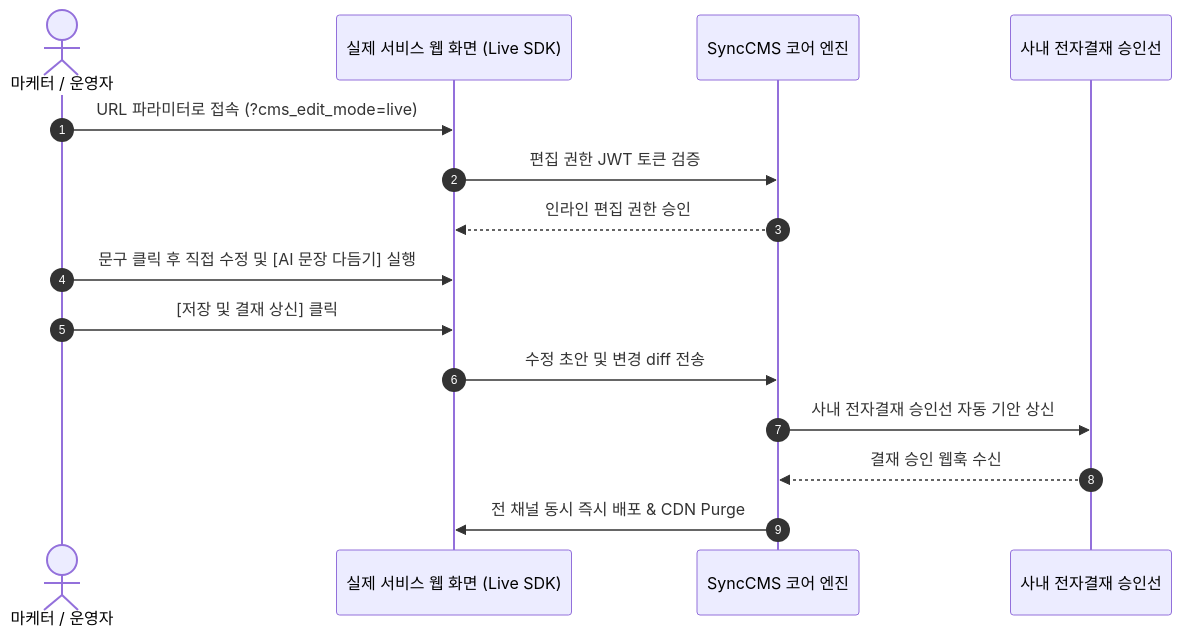
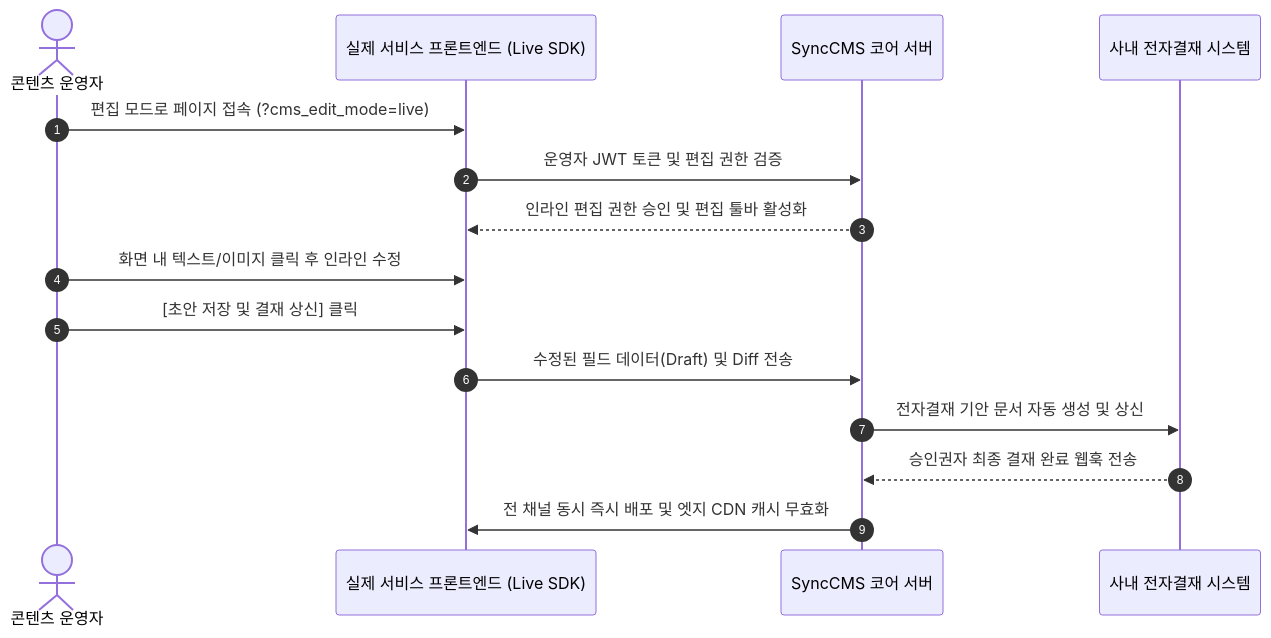
Before and after one commit to DramaticCollaboration/doc.github.io: the diagram in ko/synccms/live-sdk-guide.md, drawn with Mermaid. The commit also changed other lines of this file and 29 other files, not shown here.

````diff
--- a/ko/synccms/live-sdk-guide.md
+++ b/ko/synccms/live-sdk-guide.md
@@ -43,18 +27,18 @@
 ```mermaid
 sequenceDiagram
     autonumber
-    actor Marketer as 마케터 / 운영자
-    participant Web as 실제 서비스 웹 화면 (Live SDK)
-    participant CMS as SyncCMS 코어 엔진
-    participant Approval as 사내 전자결재 승인선
+    actor User as 콘텐츠 운영자
+    participant Web as 실제 서비스 프론트엔드 (Live SDK)
+    participant Core as SyncCMS 코어 서버
+    participant Approval as 사내 전자결재 시스템
 
-    Marketer->>Web: URL 파라미터로 접속 (?cms_edit_mode=live)
-    Web->>CMS: 편집 권한 JWT 토큰 검증
-    CMS-->>Web: 인라인 편집 권한 승인
-    Marketer->>Web: 문구 클릭 후 직접 수정 및 [AI 문장 다듬기] 실행
-    Marketer->>Web: [저장 및 결재 상신] 클릭
-    Web->>CMS: 수정 초안 및 변경 diff 전송
-    CMS->>Approval: 사내 전자결재 승인선 자동 기안 상신
-    Approval-->>CMS: 결재 승인 웹훅 수신
-    CMS->>Web: 전 채널 동시 즉시 배포 & CDN Purge
+    User->>Web: 편집 모드로 페이지 접속 (?cms_edit_mode=live)
+    Web->>Core: 운영자 JWT 토큰 및 편집 권한 검증
+    Core-->>Web: 인라인 편집 권한 승인 및 편집 툴바 활성화
+    User->>Web: 화면 내 텍스트/이미지 클릭 후 인라인 수정
+    User->>Web: [초안 저장 및 결재 상신] 클릭
+    Web->>Core: 수정된 필드 데이터(Draft) 및 Diff 전송
+    Core->>Approval: 전자결재 기안 문서 자동 생성 및 상신
+    Approval-->>Core: 승인권자 최종 결재 완료 웹훅 전송
+    Core->>Web: 전 채널 동시 즉시 배포 및 엣지 CDN 캐시 무효화
 ```
````
